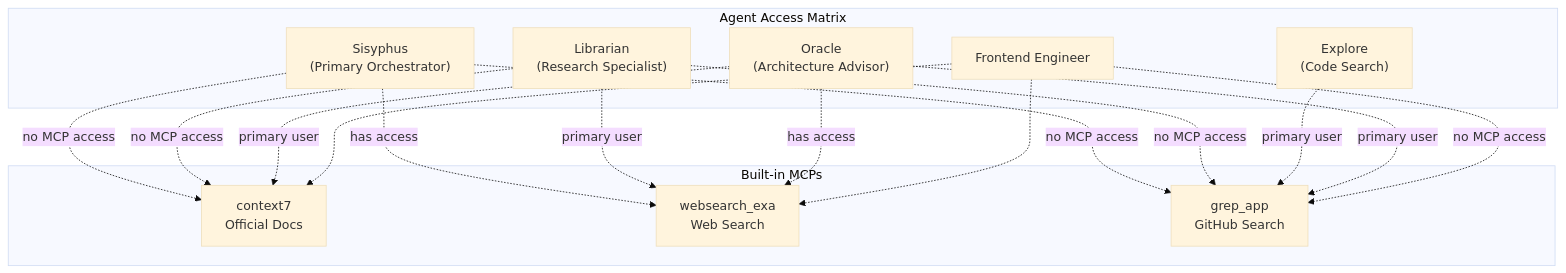
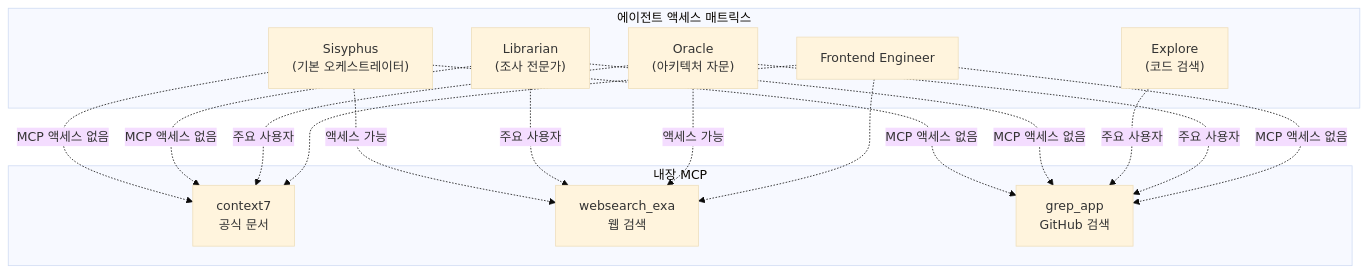
The third of 3 diagrams in docs/mcp/built-in-mcps.md (felipetruman/oh-my-opencode-docs), drawn with Mermaid (base theme) before and after one commit. The commit also changed other lines of this file and 76 other files, not shown here.

````diff
--- a/docs/mcp/built-in-mcps.md
+++ b/docs/mcp/built-in-mcps.md
@@ -267,40 +257,40 @@
 ```mermaid
 flowchart TD
 
-Sisyphus["Sisyphus<br>(Primary Orchestrator)"]
-Librarian["Librarian<br>(Research Specialist)"]
-Explore["Explore<br>(Code Search)"]
-Oracle["Oracle<br>(Architecture Advisor)"]
+Sisyphus["Sisyphus<br>(기본 오케스트레이터)"]
+Librarian["Librarian<br>(조사 전문가)"]
+Explore["Explore<br>(코드 검색)"]
+Oracle["Oracle<br>(아키텍처 자문)"]
 Frontend["Frontend Engineer"]
-Context7["context7<br>Official Docs"]
-Exa["websearch_exa<br>Web Search"]
-Grep["grep_app<br>GitHub Search"]
+Context7["context7<br>공식 문서"]
+Exa["websearch_exa<br>웹 검색"]
+Grep["grep_app<br>GitHub 검색"]
 
-Sisyphus -.->|"has access"| Exa
-Sisyphus -.->|"no MCP access"| Context7
-Sisyphus -.->|"no MCP access"| Grep
-Librarian -.->|"no MCP access"| Context7
-Librarian -.->|"primary user"| Exa
-Librarian -.->|"no MCP access"| Grep
-Explore -.->|"primary user"| Grep
-Oracle -.->|"primary user"| Context7
-Oracle -.->|"has access"| Exa
-Oracle -.->|"primary user"| Grep
+Sisyphus -.->|"액세스 가능"| Exa
+Sisyphus -.->|"MCP 액세스 없음"| Context7
+Sisyphus -.->|"MCP 액세스 없음"| Grep
+Librarian -.->|"MCP 액세스 없음"| Context7
+Librarian -.->|"주요 사용자"| Exa
+Librarian -.->|"MCP 액세스 없음"| Grep
+Explore -.->|"주요 사용자"| Grep
+Oracle -.->|"주요 사용자"| Context7
+Oracle -.->|"액세스 가능"| Exa
+Oracle -.->|"주요 사용자"| Grep
 Frontend -.-> Context7
 Frontend -.-> Exa
-Frontend -.->|"no MCP access"| Grep
+Frontend -.->|"MCP 액세스 없음"| Grep
 
-subgraph subGraph1 ["Built-in MCPs"]
+subgraph subGraph1 ["내장 MCP"]
     Context7
     Exa
     Grep
 end
 
-subgraph subGraph0 ["Agent Access Matrix"]
+subgraph subGraph0 ["에이전트 액세스 매트릭스"]
     Sisyphus
     Librarian
     Explore
     Oracle
     Frontend
 end
 ```
````
